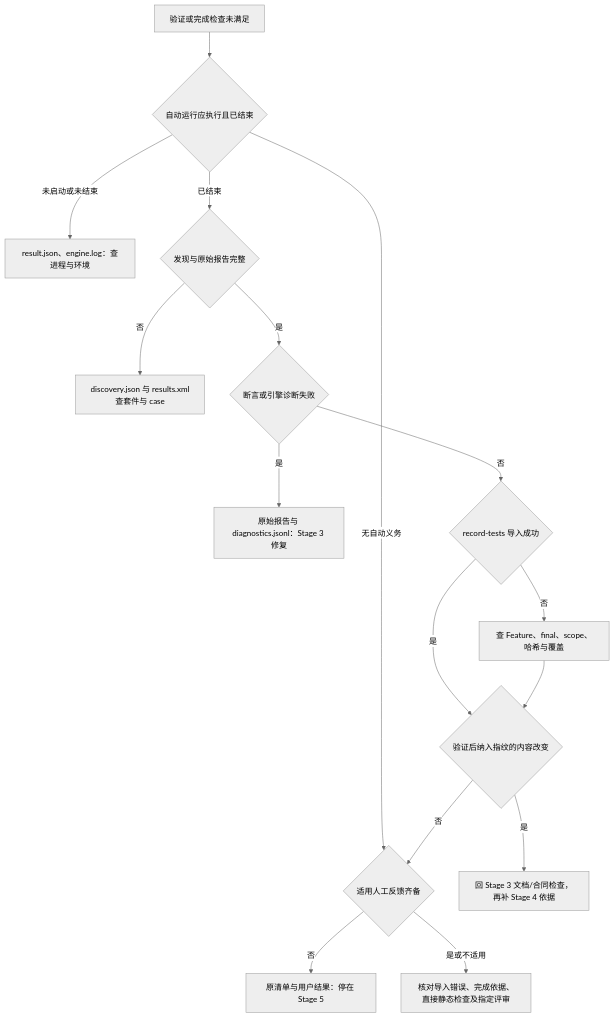
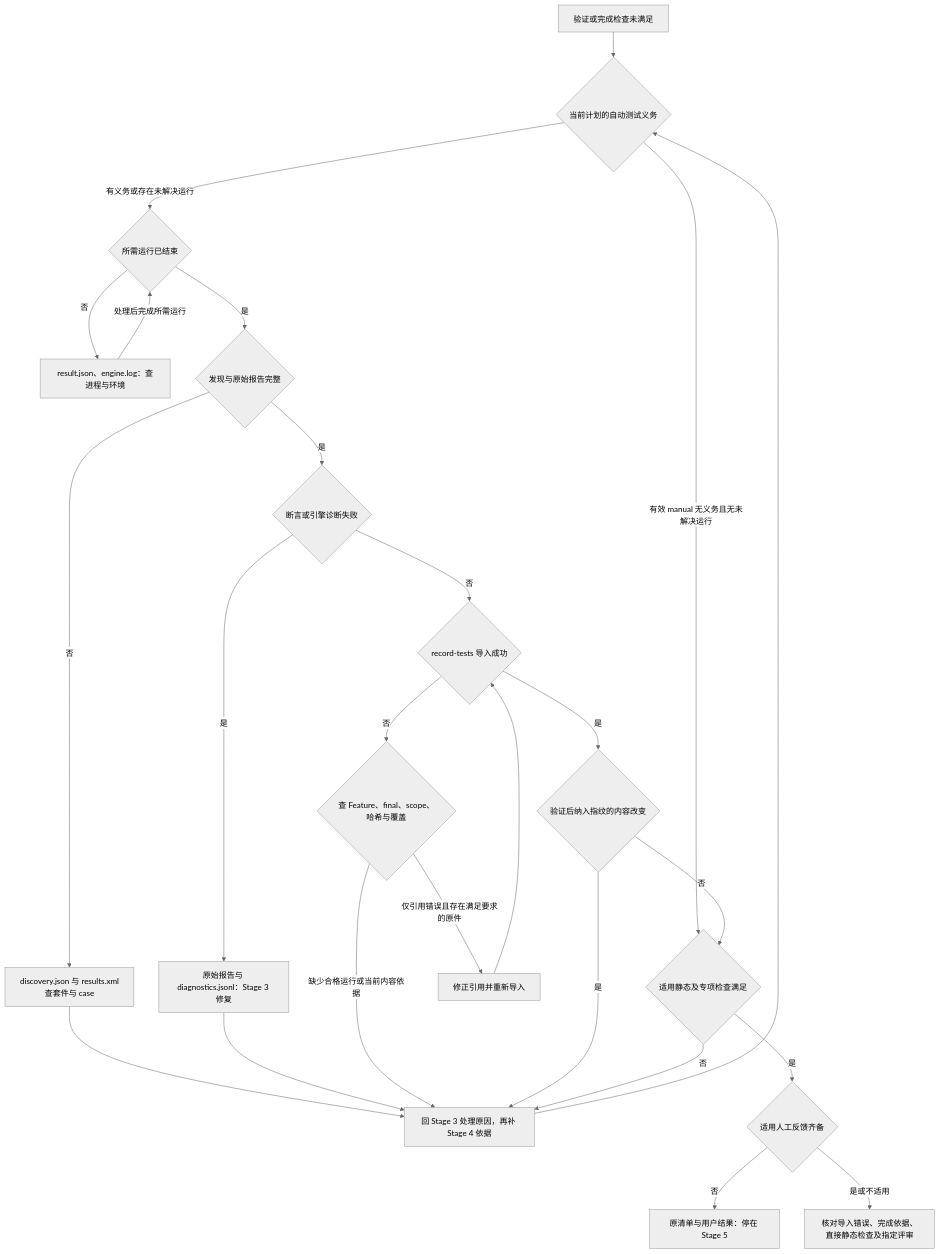
One commit to yxy823/Game_idle_yaya_frame changed the diagram in framework/docs/blank-project/reference/troubleshooting.md. Above: the diagram before and after it, drawn with Mermaid (neutral theme). The commit also changed other lines of this file and 7 other files, not shown here.

````diff
--- a/framework/docs/blank-project/reference/troubleshooting.md
+++ b/framework/docs/blank-project/reference/troubleshooting.md
@@ -61,18 +61,27 @@
 ```mermaid
 flowchart TD
-    A[验证或完成检查未满足] --> B{自动运行应执行且已结束}
-    B -->|未启动或未结束| C[result.json、engine.log：查进程与环境]
-    B -->|无自动义务| M
-    B -->|已结束| D{发现与原始报告完整}
+    A[验证或完成检查未满足] --> B{当前计划的自动测试义务}
+    B -->|有效 manual 无义务且无未解决运行| S
+    B -->|有义务或存在未解决运行| P{所需运行已结束}
+    P -->|否| C[result.json、engine.log：查进程与环境]
+    C -->|处理后完成所需运行| P
+    P -->|是| D{发现与原始报告完整}
     D -->|否| E[discovery.json 与 results.xml<br/>查套件与 case]
+    E --> L
     D -->|是| F{断言或引擎诊断失败}
     F -->|是| G[原始报告与 diagnostics.jsonl：Stage 3 修复]
+    G --> L
     F -->|否| I{record-tests 导入成功}
-    I -->|否| J[查 Feature、final、scope、哈希与覆盖]
+    I -->|否| J{查 Feature、final、scope、哈希与覆盖}
+    J -->|仅引用错误且存在满足要求的原件| R[修正引用并重新导入]
+    R --> I
+    J -->|缺少合格运行或当前内容依据| L
     I -->|是| K{验证后纳入指纹的内容改变}
-    J --> K
-    K -->|是| L[回 Stage 3 文档/合同检查，再补 Stage 4 依据]
-    K -->|否| M{适用人工反馈齐备}
+    K -->|是| L[回 Stage 3 处理原因，再补 Stage 4 依据]
+    L --> B
+    K -->|否| S{适用静态及专项检查满足}
+    S -->|否| L
+    S -->|是| M{适用人工反馈齐备}
     M -->|否| N[原清单与用户结果：停在 Stage 5]
     M -->|是或不适用| O[核对导入错误、完成依据、直接静态检查及指定评审]
 ```
````
